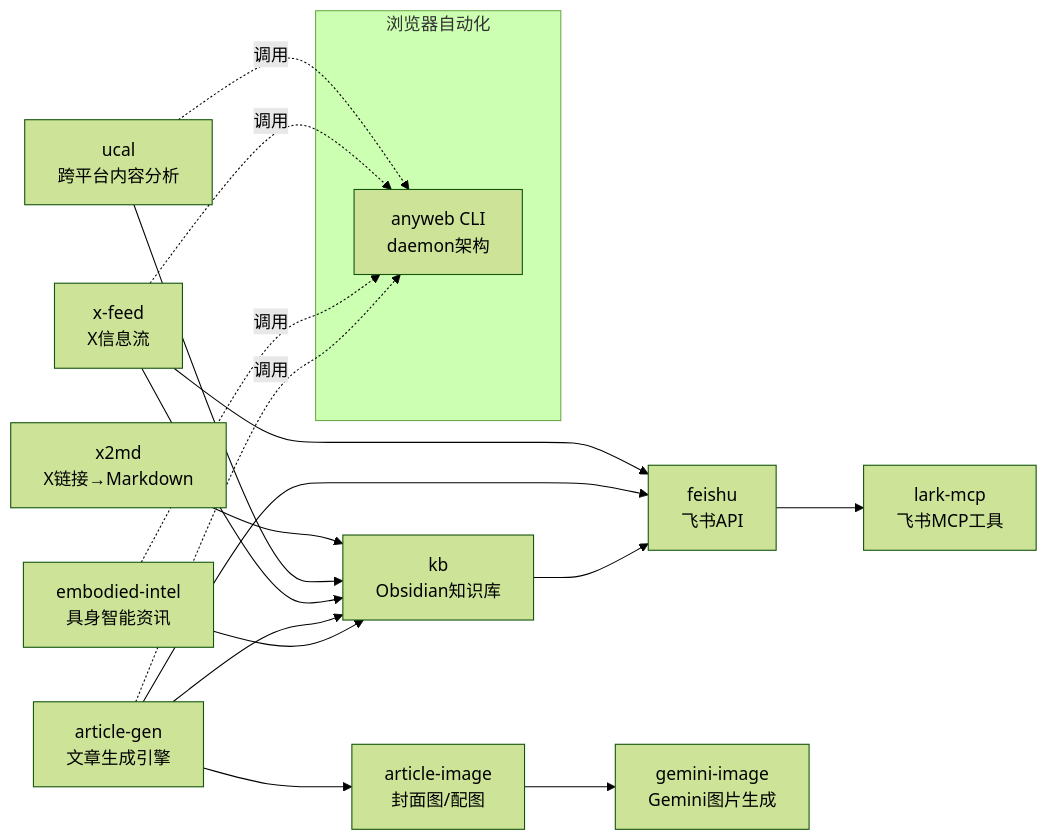
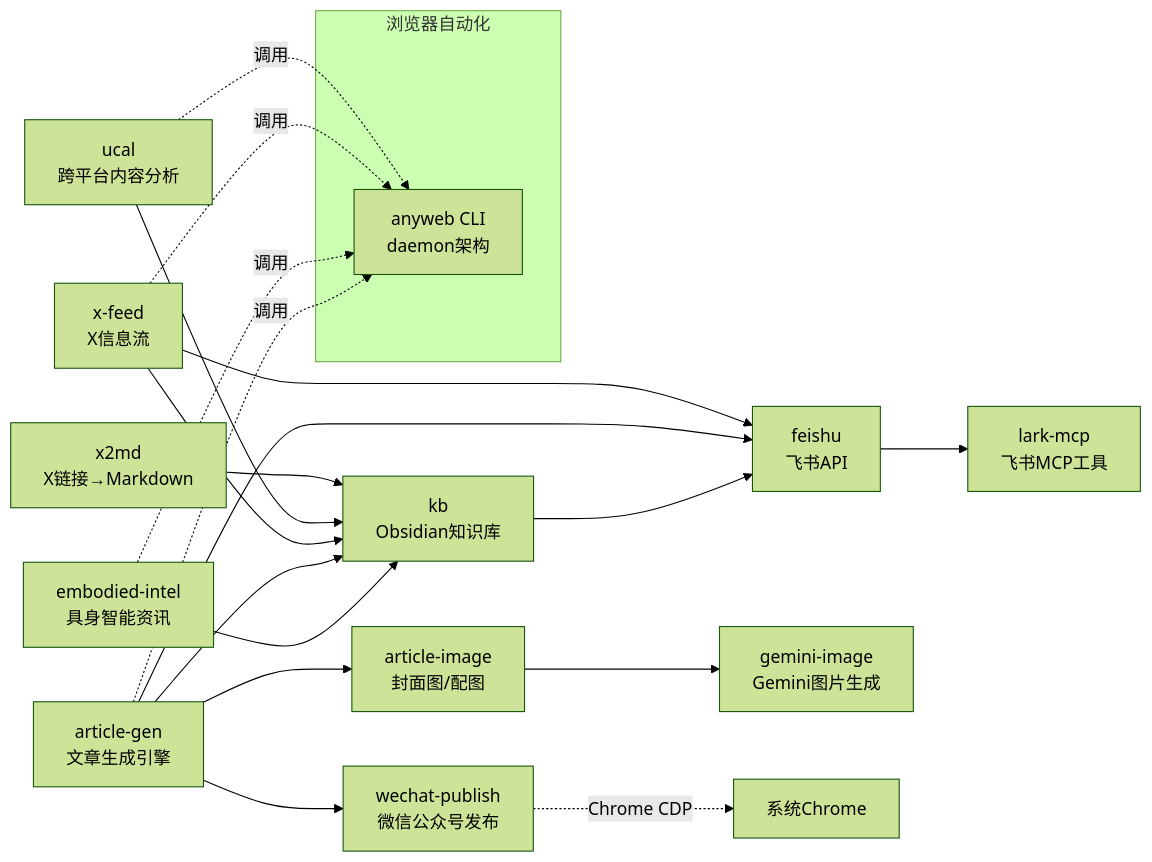
One commit to Mixiaomiupup/claude-skills changed the first of 4 diagrams in ARCHITECTURE.md. Above: the diagram before and after it, drawn with Mermaid (forest theme). The commit also changed other lines of this file and 8 other files, not shown here.

````diff
--- a/ARCHITECTURE.md
+++ b/ARCHITECTURE.md
@@ -12,26 +12,29 @@
 ```mermaid
 graph LR
     x2md[x2md<br/>X链接→Markdown] --> kb
     ucal[ucal<br/>跨平台内容分析] --> kb
     x-feed[x-feed<br/>X信息流] --> kb
     x-feed --> feishu
 
     article-gen[article-gen<br/>文章生成引擎] --> article-image
     article-gen --> feishu
     article-gen --> kb
+    article-gen --> wechat-publish
     article-image[article-image<br/>封面图/配图] --> gemini-image[gemini-image<br/>Gemini图片生成]
 
     kb[kb<br/>Obsidian知识库] --> feishu[feishu<br/>飞书API]
     feishu --> lark-mcp[lark-mcp<br/>飞书MCP工具]
+
+    wechat-publish[wechat-publish<br/>微信公众号发布] -.->|Chrome CDP| chrome[系统Chrome]
 
     embodied-intel[embodied-intel<br/>具身智能资讯] --> kb
 
     subgraph 浏览器自动化
         anyweb[anyweb CLI<br/>daemon架构]
     end
 
     ucal -.->|调用| anyweb
     x-feed -.->|调用| anyweb
     embodied-intel -.->|调用| anyweb
     article-gen -.->|调用| anyweb
 ```
````
